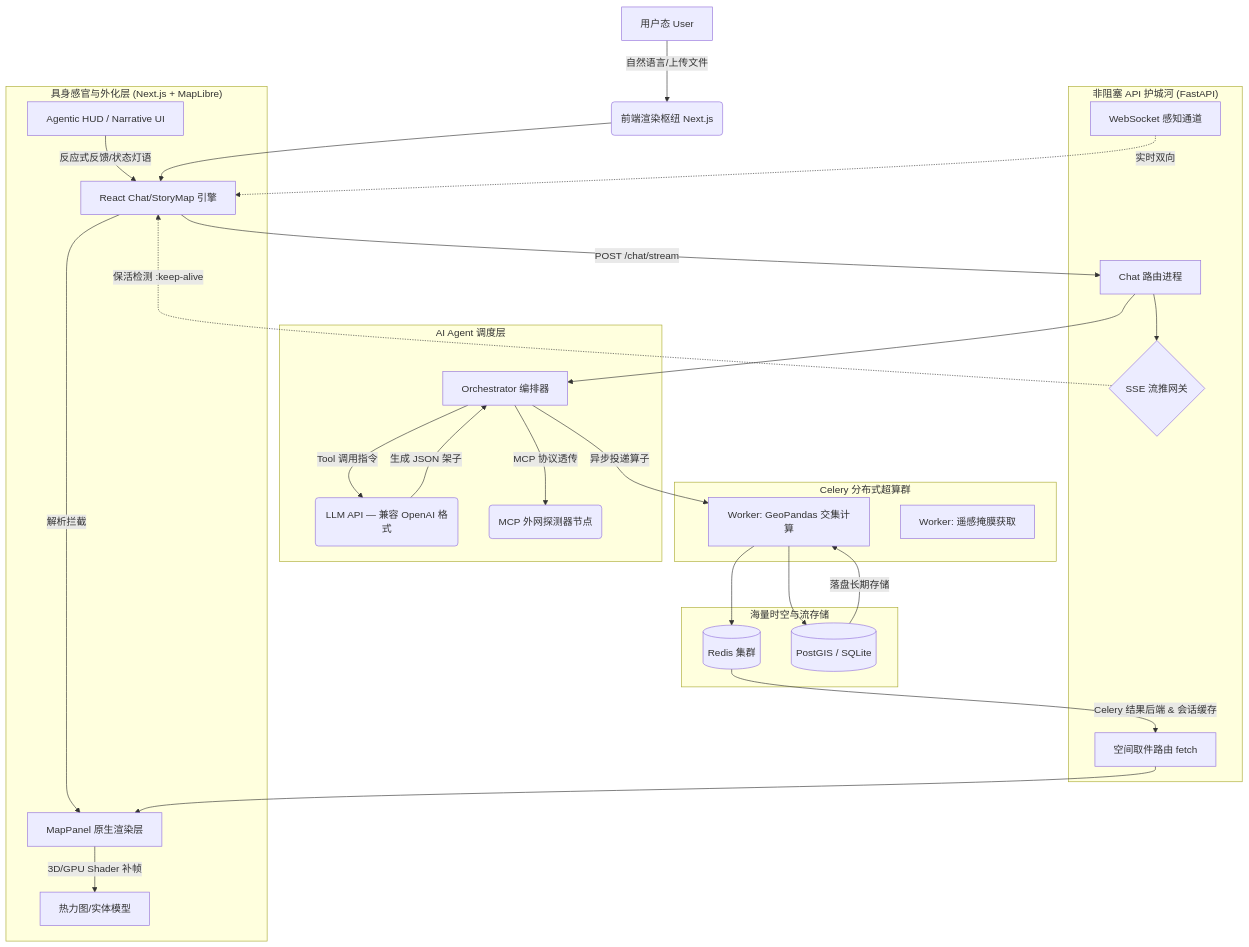
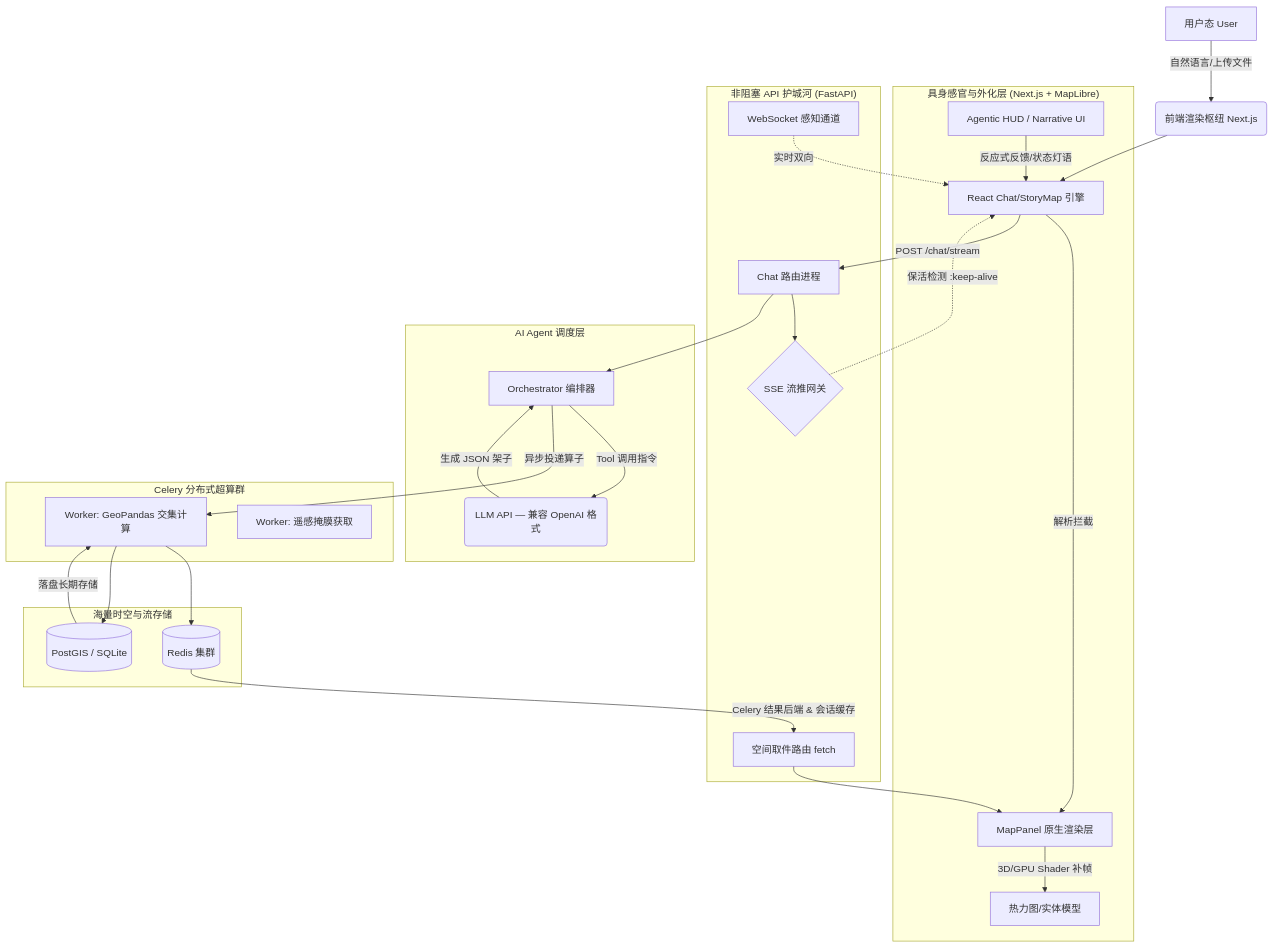
The diagram in docs/architecture.md (WindWang2/webgis-ai-agent), drawn with Mermaid before and after one commit. The commit also changed other lines of this file and 25 other files, not shown here.

````diff
--- a/docs/architecture.md
+++ b/docs/architecture.md
@@ -35,40 +35,39 @@
 ```mermaid
 graph TD
     A[用户态 User] -->|自然语言/上传文件| B(前端渲染枢纽 Next.js)
     
     subgraph 前端渲染枢纽 ["具身感官与外化层 (Next.js + MapLibre)"]
     B1[React Chat/StoryMap 引擎] --> |解析拦截| B2[MapPanel 原生渲染层]
     B2 --> |3D/GPU Shader 补帧| B3[热力图/实体模型]
     B4[Agentic HUD / Narrative UI] --> |反应式反馈/状态灯语| B1
     end
     B --> B1
 
     
     subgraph 边界网关 ["非阻塞 API 护城河 (FastAPI)"]
     C{SSE 流推网关} -.-> |保活检测 :keep-alive| B1
     C1[Chat 路由进程] --> C
     C2[空间取件路由 fetch] --> B2
     C3[WebSocket 感知通道] -.-> |实时双向| B1
     end
     B1 -->|POST /chat/stream| C1
     
     subgraph 大脑中枢 ["AI Agent 调度层"]
     D[Orchestrator 编排器] --> |Tool 调用指令| D1(LLM API — 兼容 OpenAI 格式)
     D1 --> |生成 JSON 架子| D
-    D --> |MCP 协议透传| D2(MCP 外网探测器节点)
     end
     C1 --> D
     
     subgraph 重算隔离区 ["Celery 分布式超算群"]
     E[Worker: GeoPandas 交集计算] 
     E1[Worker: 遥感掩膜获取]
     end
     D -->|异步投递算子| E
     
     subgraph 数据弹药库 ["海量时空与流存储"]
     F[(Redis 集群)] --> |Celery 结果后端 & 会话缓存| C2
     F1[(PostGIS / SQLite)] --> |落盘长期存储| E
     end
     E --> F
     E --> F1
 ```
````
